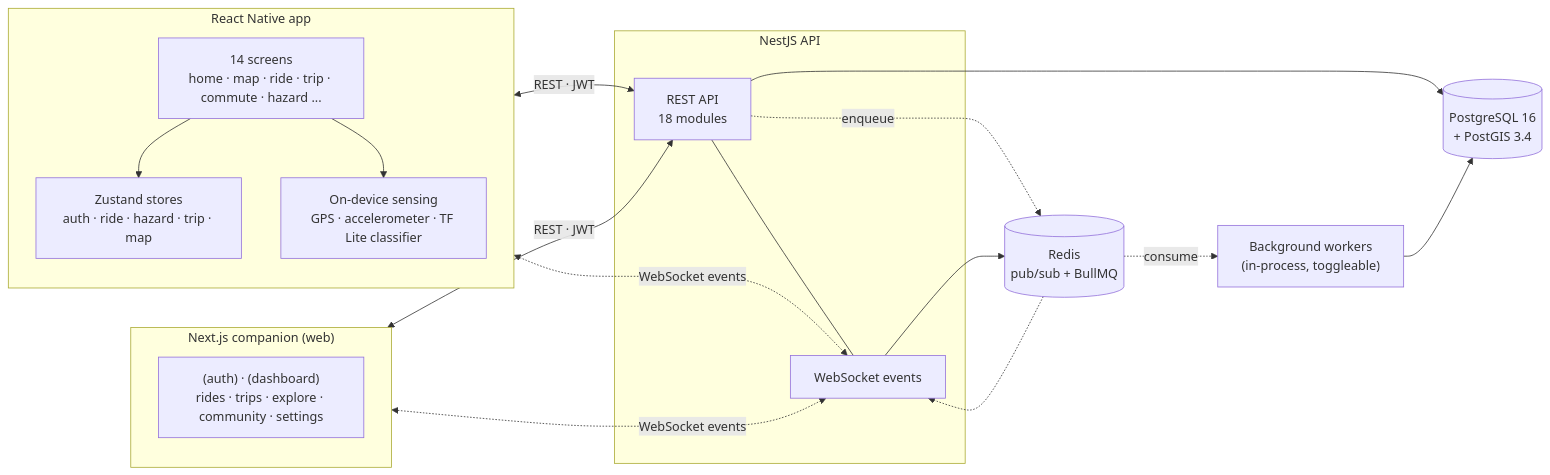
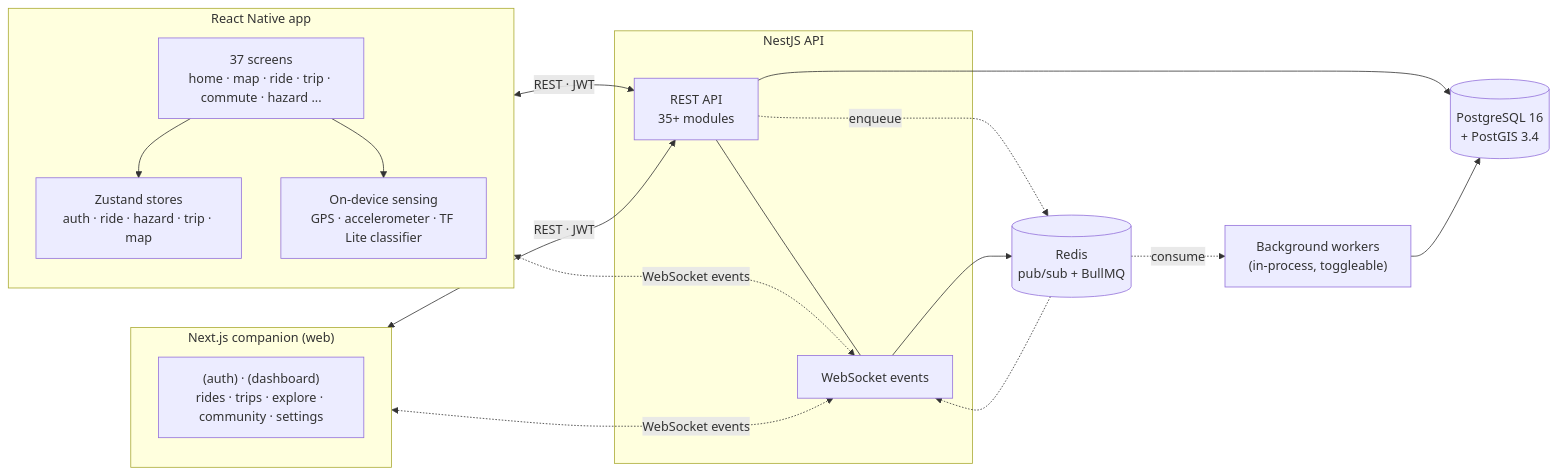
One commit to Studio81Labs/tarmoto changed the diagram in docs/reference/architecture.md. Above: the diagram before and after it, drawn with Mermaid. The commit also changed other lines of this file, not shown here.

First line of the commit message:
docs(docs): update architecture doc deployment and module counts

````diff
--- a/docs/reference/architecture.md
+++ b/docs/reference/architecture.md
@@ -7,35 +7,35 @@
 ```mermaid
 flowchart LR
   subgraph Mobile["React Native app"]
-    Screens["14 screens<br/>home · map · ride · trip · commute · hazard ..."]
+    Screens["37 screens<br/>home · map · ride · trip · commute · hazard ..."]
     Stores["Zustand stores<br/>auth · ride · hazard · trip · map"]
     Sensor["On-device sensing<br/>GPS · accelerometer · TF Lite classifier"]
     Screens --> Stores
     Screens --> Sensor
   end
 
   subgraph Companion["Next.js companion (web)"]
     AppDir["(auth) · (dashboard)<br/>rides · trips · explore · community · settings"]
   end
 
   subgraph Backend["NestJS API"]
-    REST["REST API<br/>18 modules"]
+    REST["REST API<br/>35+ modules"]
     WS["WebSocket events"]
     REST --- WS
   end
 
   PG[("PostgreSQL 16<br/>+ PostGIS 3.4")]
   Redis[("Redis<br/>pub/sub + BullMQ")]
   Jobs["Background workers<br/>(in-process, toggleable)"]
 
   Mobile <-->|REST · JWT| REST
   Companion <-->|REST · JWT| REST
   Mobile <-.->|WebSocket events| WS
   Companion <-.->|WebSocket events| WS
   REST --> PG
   REST -.->|enqueue| Redis
   WS --> Redis
   Redis -.-> WS
   Redis -.->|consume| Jobs
   Jobs --> PG
 ```
````
